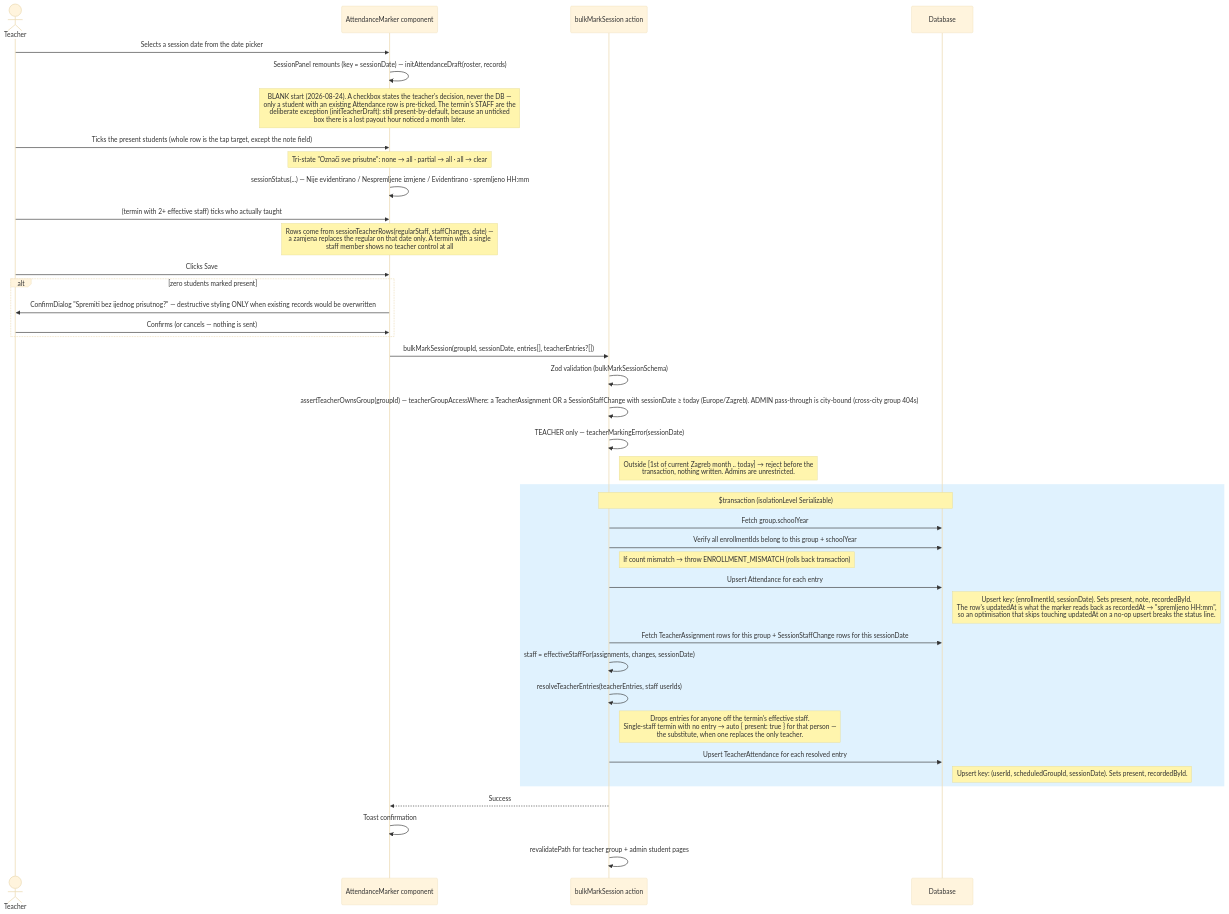
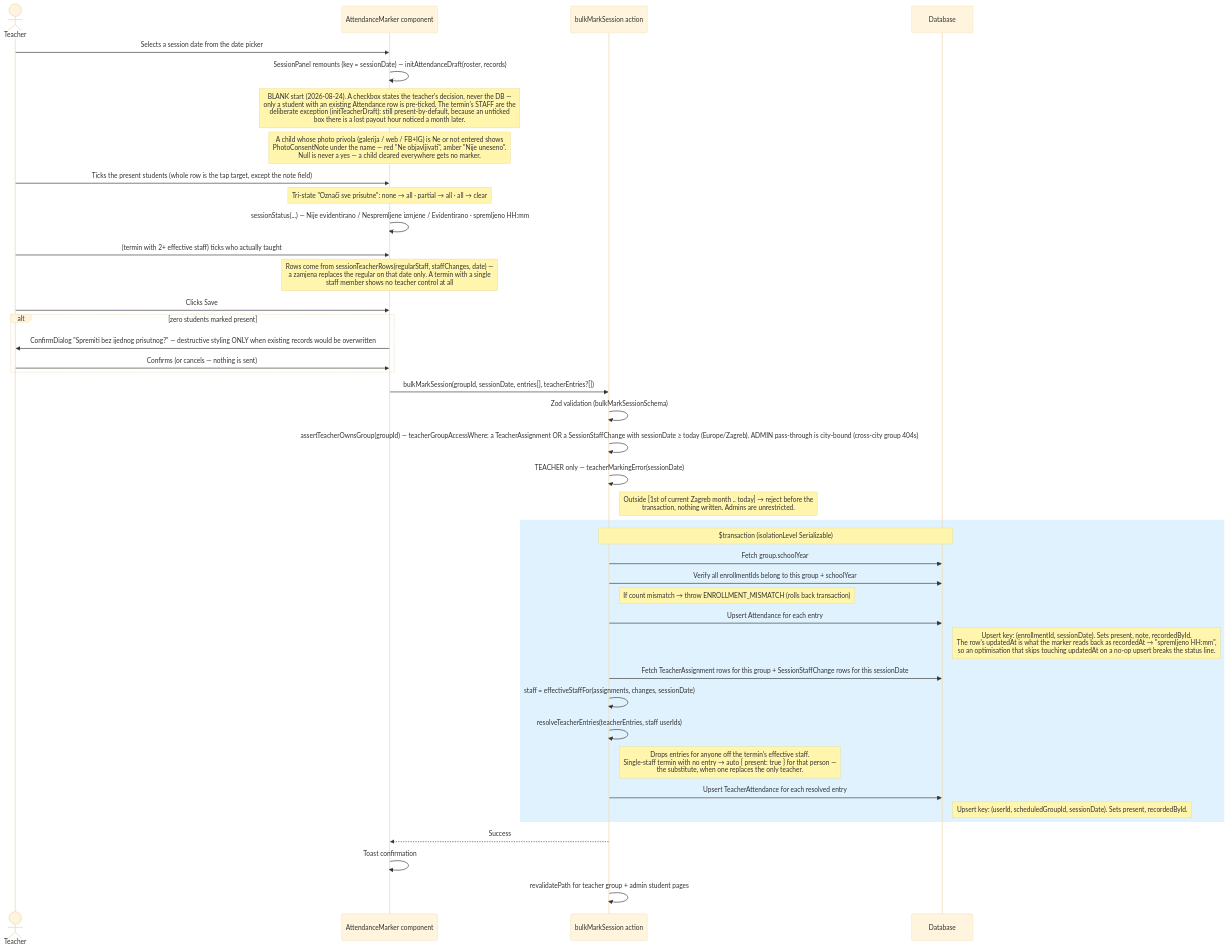
One commit to jpucic00/inovatic changed the seventh of 11 diagrams in docs/diagrams/attendance-flow.md. Above: the diagram before and after it, drawn with Mermaid (base theme). The commit also changed other lines of this file and 4 other files, not shown here.

````diff
--- a/docs/diagrams/attendance-flow.md
+++ b/docs/diagrams/attendance-flow.md
@@ -152,48 +154,49 @@
 ```mermaid
 sequenceDiagram
     actor Teacher
     participant UI as AttendanceMarker component
     participant Server as bulkMarkSession action
     participant DB as Database
 
     Teacher->>UI: Selects a session date from the date picker
     UI->>UI: SessionPanel remounts (key = sessionDate) — initAttendanceDraft(roster, records)
     Note over UI: BLANK start (2026-08-24). A checkbox states the teacher's decision, never the DB —<br/>only a student with an existing Attendance row is pre-ticked. The termin's STAFF are the<br/>deliberate exception (initTeacherDraft): still present-by-default, because an unticked<br/>box there is a lost payout hour noticed a month later.
+    Note over UI: A child whose photo privola (galerija / web / FB+IG) is Ne or not entered shows<br/>PhotoConsentNote under the name — red "Ne objavljivati", amber "Nije uneseno".<br/>Null is never a yes — a child cleared everywhere gets no marker.
 
     Teacher->>UI: Ticks the present students (whole row is the tap target, except the note field)
     Note over UI: Tri-state "Označi sve prisutne": none → all · partial → all · all → clear
     UI->>UI: sessionStatus(...) — Nije evidentirano / Nespremljene izmjene / Evidentirano · spremljeno HH:mm
     Teacher->>UI: (termin with 2+ effective staff) ticks who actually taught
     Note over UI: Rows come from sessionTeacherRows(regularStaff, staffChanges, date) —<br/>a zamjena replaces the regular on that date only. A termin with a single<br/>staff member shows no teacher control at all
     Teacher->>UI: Clicks Save
     alt zero students marked present
         UI->>Teacher: ConfirmDialog "Spremiti bez ijednog prisutnog?" — destructive styling ONLY when existing records would be overwritten
         Teacher->>UI: Confirms (or cancels — nothing is sent)
     end
 
     UI->>Server: bulkMarkSession(groupId, sessionDate, entries[], teacherEntries?[])
 
     Server->>Server: Zod validation (bulkMarkSessionSchema)
     Server->>Server: assertTeacherOwnsGroup(groupId) — teacherGroupAccessWhere: a TeacherAssignment OR a SessionStaffChange with sessionDate ≥ today (Europe/Zagreb). ADMIN pass-through is city-bound (cross-city group 404s)
     Server->>Server: TEACHER only — teacherMarkingError(sessionDate)
     Note right of Server: Outside [1st of current Zagreb month .. today] → reject before the<br/>transaction, nothing written. Admins are unrestricted.
 
     rect rgb(224, 242, 254)
         Note over Server,DB: $transaction (isolationLevel Serializable)
         Server->>DB: Fetch group.schoolYear
         Server->>DB: Verify all enrollmentIds belong to this group + schoolYear
         Note right of Server: If count mismatch → throw ENROLLMENT_MISMATCH (rolls back transaction)
         Server->>DB: Upsert Attendance for each entry
         Note right of DB: Upsert key: (enrollmentId, sessionDate). Sets present, note, recordedById.<br/>The row's updatedAt is what the marker reads back as recordedAt → "spremljeno HH:mm",<br/>so an optimisation that skips touching updatedAt on a no-op upsert breaks the status line.
         Server->>DB: Fetch TeacherAssignment rows for this group + SessionStaffChange rows for this sessionDate
         Server->>Server: staff = effectiveStaffFor(assignments, changes, sessionDate)
         Server->>Server: resolveTeacherEntries(teacherEntries, staff userIds)
         Note right of Server: Drops entries for anyone off the termin's effective staff.<br/>Single-staff termin with no entry → auto { present: true } for that person —<br/>the substitute, when one replaces the only teacher.
         Server->>DB: Upsert TeacherAttendance for each resolved entry
         Note right of DB: Upsert key: (userId, scheduledGroupId, sessionDate). Sets present, recordedById.
     end
 
     Server-->>UI: Success
     UI->>UI: Toast confirmation
     Server->>Server: revalidatePath for teacher group + admin student pages
 ```
````
